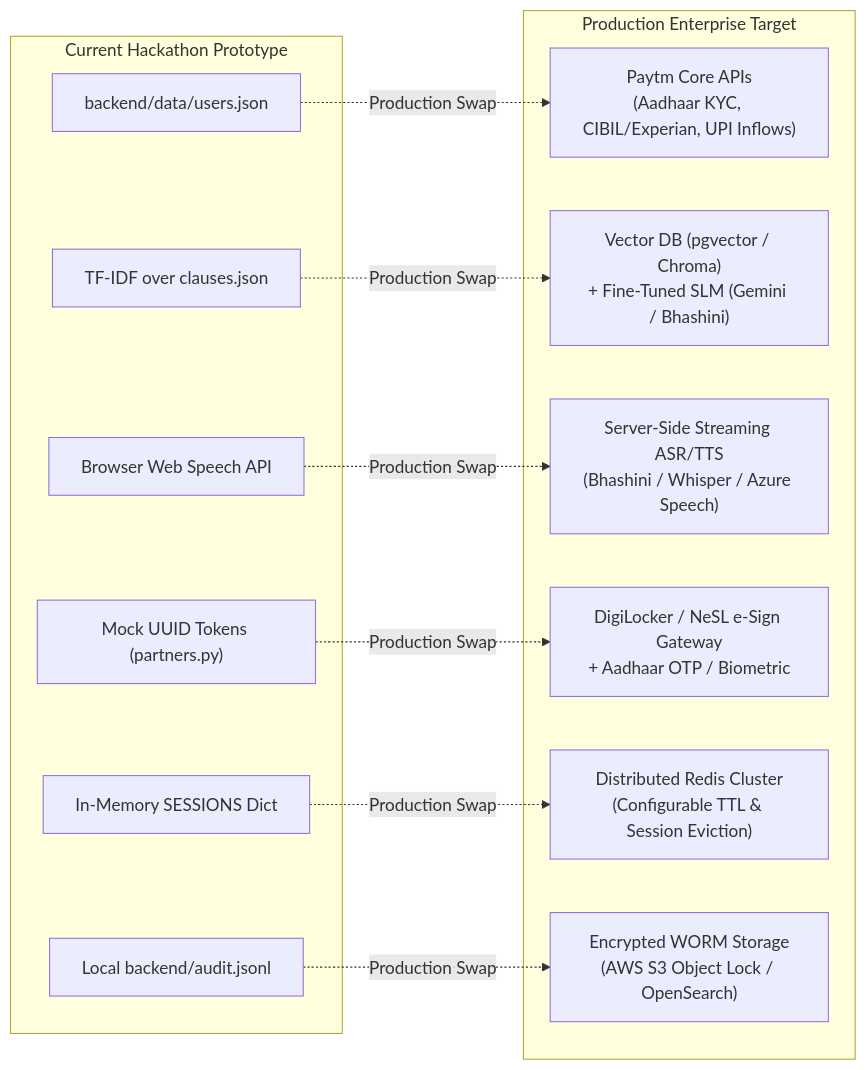
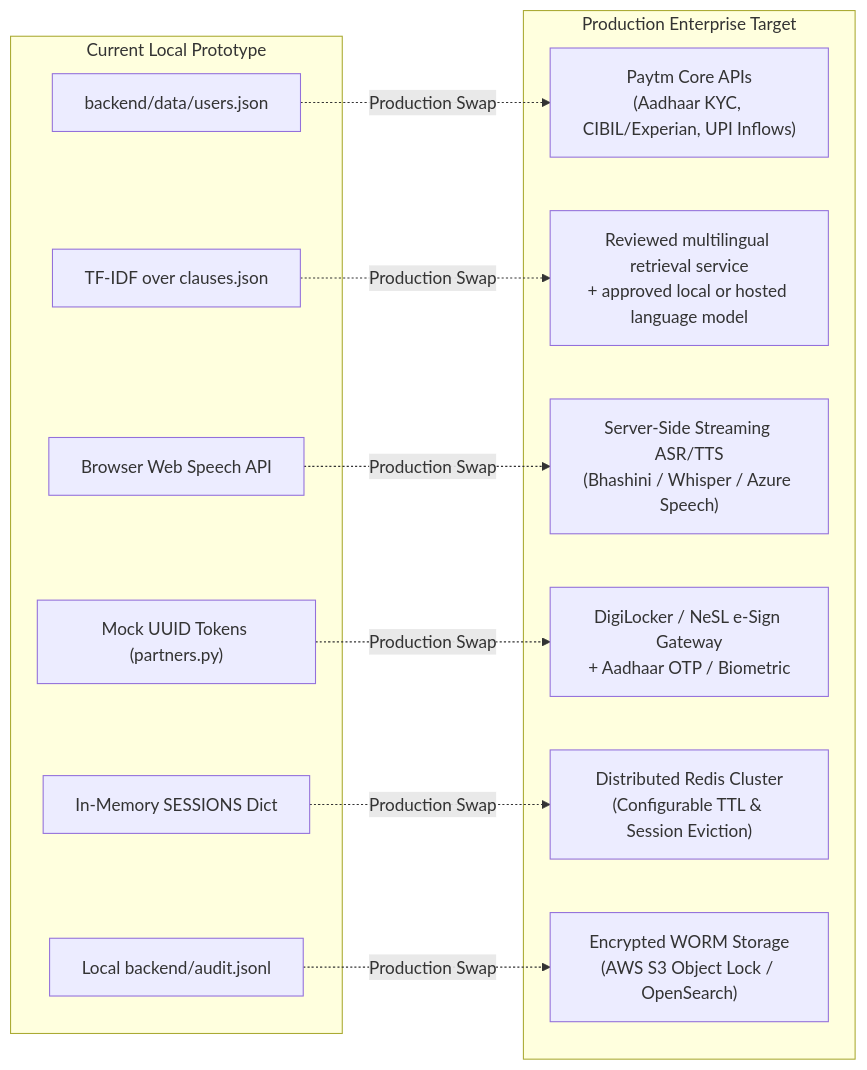
The diagram in docs/TECH_STACK.md (e-smo1507/AI-powered-paytm-system), drawn with Mermaid before and after one commit. The commit also changed other lines of this file and 43 other files, not shown here.

````diff
--- a/docs/TECH_STACK.md
+++ b/docs/TECH_STACK.md
@@ -59,27 +61,27 @@
 ```mermaid
 graph LR
-    subgraph PrototypeCurrent ["Current Hackathon Prototype"]
+    subgraph PrototypeCurrent ["Current Local Prototype"]
         P_Users["backend/data/users.json"]
         P_RAG["TF-IDF over clauses.json"]
         P_ASR["Browser Web Speech API"]
         P_Sign["Mock UUID Tokens (partners.py)"]
         P_Session["In-Memory SESSIONS Dict"]
         P_Audit["Local backend/audit.jsonl"]
     end
 
     subgraph ProductionEnterprise ["Production Enterprise Target"]
         E_Users["Paytm Core APIs<br/>(Aadhaar KYC, CIBIL/Experian, UPI Inflows)"]
-        E_RAG["Vector DB (pgvector / Chroma)<br/>+ Fine-Tuned SLM (Gemini / Bhashini)"]
+        E_RAG["Reviewed multilingual retrieval service<br/>+ approved local or hosted language model"]
         E_ASR["Server-Side Streaming ASR/TTS<br/>(Bhashini / Whisper / Azure Speech)"]
         E_Sign["DigiLocker / NeSL e-Sign Gateway<br/>+ Aadhaar OTP / Biometric"]
         E_Session["Distributed Redis Cluster<br/>(Configurable TTL & Session Eviction)"]
         E_Audit["Encrypted WORM Storage<br/>(AWS S3 Object Lock / OpenSearch)"]
     end
 
     P_Users -.->|Production Swap| E_Users
     P_RAG -.->|Production Swap| E_RAG
     P_ASR -.->|Production Swap| E_ASR
     P_Sign -.->|Production Swap| E_Sign
     P_Session -.->|Production Swap| E_Session
     P_Audit -.->|Production Swap| E_Audit
 ```
````
